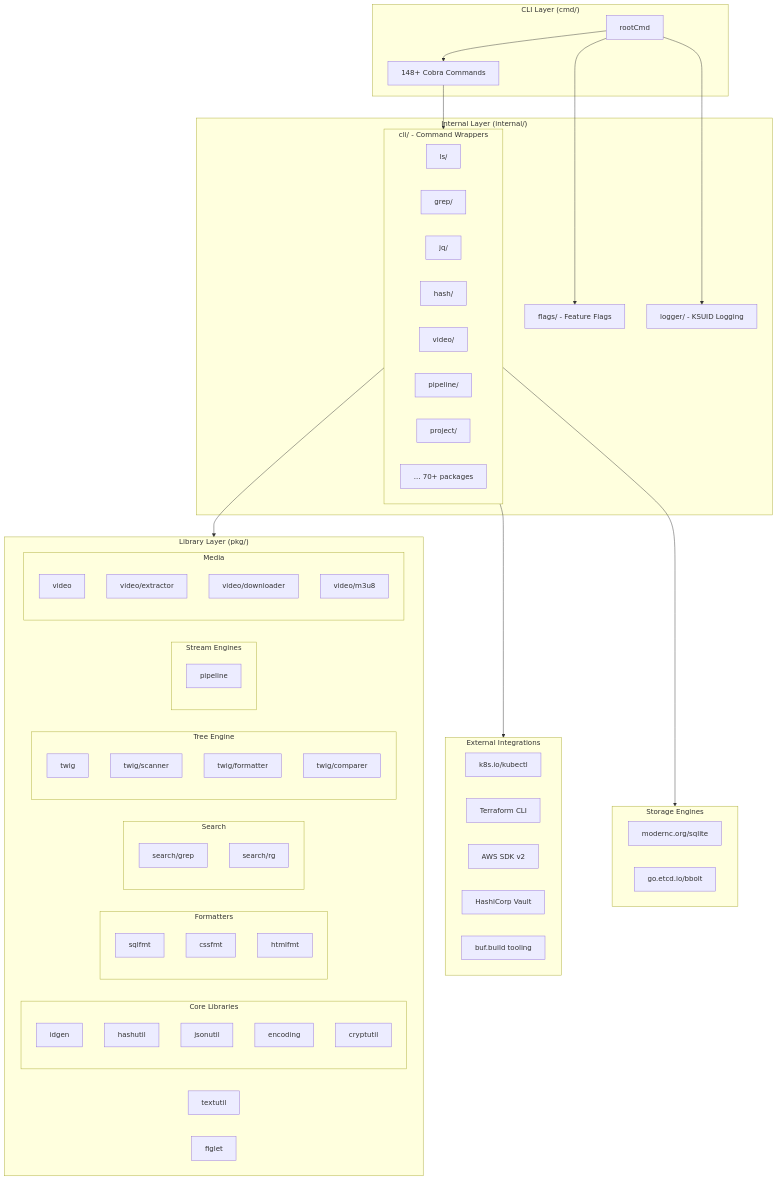
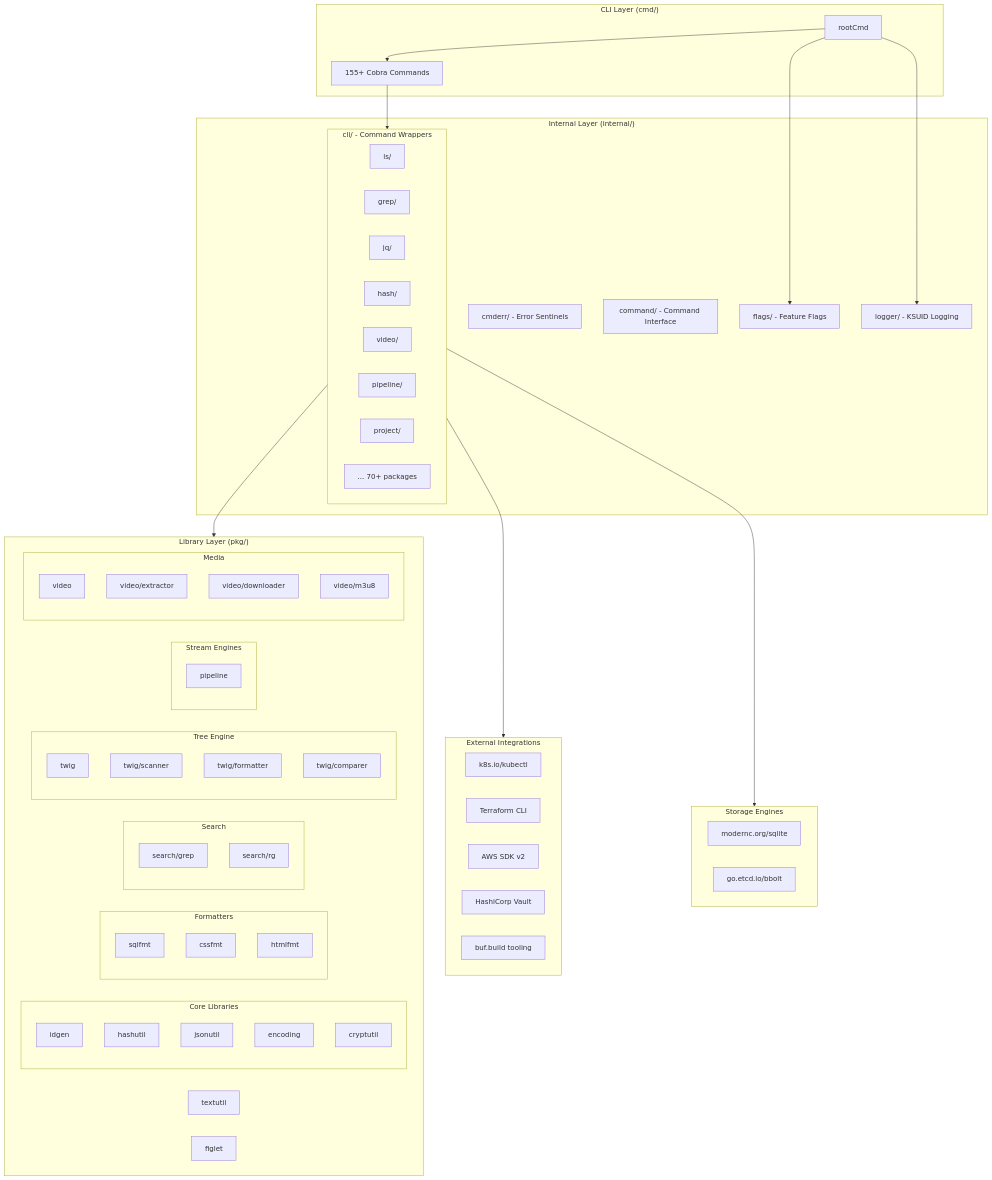
The first of 6 diagrams in docs/ARCHITECTURE.md (inovacc/omni), drawn with Mermaid before and after one commit. The commit also changed 4 other files, not shown here.

Commit message:
docs: fix outdated counts — 155+ commands, 90 golden tests, mark Command interface done

````diff
--- a/docs/ARCHITECTURE.md
+++ b/docs/ARCHITECTURE.md
@@ -5,79 +5,81 @@
 ```mermaid
 flowchart TB
     subgraph CLI["CLI Layer (cmd/)"]
         Root[rootCmd]
-        Cmds[148+ Cobra Commands]
+        Cmds[155+ Cobra Commands]
         Root --> Cmds
     end
 
     subgraph Internal["Internal Layer (internal/)"]
         subgraph CLIWrappers["cli/ - Command Wrappers"]
             LS[ls/]
             Grep[grep/]
             JQ[jq/]
             Hash[hash/]
             Video[video/]
             Pipeline[pipeline/]
             Project[project/]
             More["... 70+ packages"]
         end
+        CmdErr[cmderr/ - Error Sentinels]
+        Command[command/ - Command Interface]
         Flags[flags/ - Feature Flags]
         Logger[logger/ - KSUID Logging]
     end
 
     subgraph Pkg["Library Layer (pkg/)"]
         subgraph Core["Core Libraries"]
             IDGen[idgen]
             HashUtil[hashutil]
             JSONUtil[jsonutil]
             Encoding[encoding]
             CryptUtil[cryptutil]
         end
         subgraph Format["Formatters"]
             SQLFmt[sqlfmt]
             CSSFmt[cssfmt]
             HTMLFmt[htmlfmt]
         end
         subgraph Search["Search"]
             GrepPkg[search/grep]
             RGPkg[search/rg]
         end
         subgraph Tree["Tree Engine"]
             Twig[twig]
             Scanner[twig/scanner]
             Formatter[twig/formatter]
             Comparer[twig/comparer]
         end
         subgraph Stream["Stream Engines"]
             PipelinePkg[pipeline]
         end
         subgraph Media["Media"]
             VideoPkg[video]
             Extractor[video/extractor]
             Downloader[video/downloader]
             M3U8[video/m3u8]
         end
         TextUtil[textutil]
         Figlet[figlet]
     end
 
     subgraph External["External Integrations"]
         K8s[k8s.io/kubectl]
         TF["Terraform CLI"]
         AWS["AWS SDK v2"]
         Vault["HashiCorp Vault"]
         Buf["buf.build tooling"]
     end
 
     subgraph Storage["Storage Engines"]
         SQLite[modernc.org/sqlite]
         BBolt[go.etcd.io/bbolt]
     end
 
     Cmds --> CLIWrappers
     CLIWrappers --> Pkg
     CLIWrappers --> External
     CLIWrappers --> Storage
     Root --> Flags
     Root --> Logger
 ```
````
